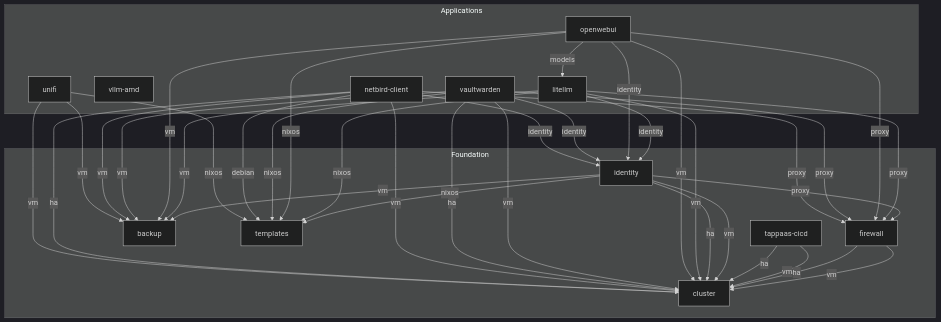
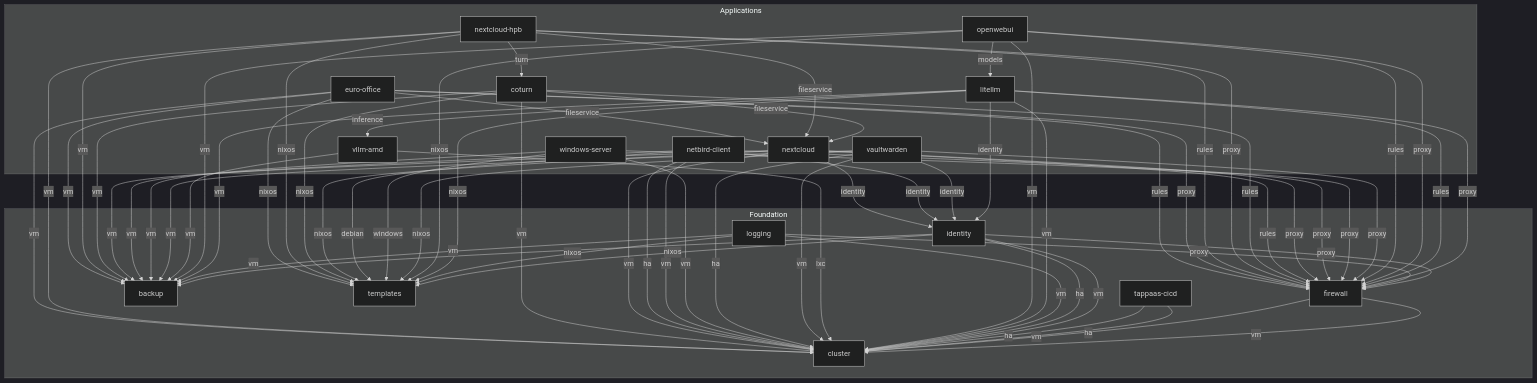
The diagram in src/module-dependencies.md (TAPPaaS/TAPPaaS), drawn with Mermaid (dark theme) before and after one commit. The commit also changed other lines of this file and 3 other files, not shown here.

Commit message:
updated dependency graphs

````diff
--- a/src/module-dependencies.md
+++ b/src/module-dependencies.md
@@ -10,71 +18,93 @@
 ```mermaid
 graph TD
     subgraph Applications
-        litellm[litellm]
-        openwebui[openwebui]
-        vllm-amd[vllm-amd]
-        vaultwarden[vaultwarden]
-        netbird-client[netbird-client]
-        unifi[unifi]
+        litellm
+        openwebui
+        vllm-amd
+        vaultwarden
+        windows-server
+        netbird-client
+        nextcloud
+        coturn
+        nextcloud-hpb
+        euro-office
+    end
+    subgraph Foundation
+        firewall
+        tappaas-cicd
+        identity
+        logging
+        backup
+        templates
+        cluster
     end
 
-    subgraph Foundation
-        firewall[firewall]
-        tappaas-cicd[tappaas-cicd]
-        identity[identity]
-        backup[backup]
-        templates[templates]
-        cluster[cluster]
-    end
-
-    %% firewall depends on cluster
     firewall -->|vm| cluster
     firewall -->|ha| cluster
-
-    %% tappaas-cicd depends on cluster
     tappaas-cicd -->|vm| cluster
     tappaas-cicd -->|ha| cluster
-
-    %% identity depends on cluster, templates, backup, firewall
     identity -->|vm| cluster
     identity -->|ha| cluster
     identity -->|nixos| templates
     identity -->|vm| backup
     identity -->|proxy| firewall
-
-    %% litellm depends on cluster, templates, backup, identity, firewall
+    logging -->|vm| cluster
+    logging -->|nixos| templates
+    logging -->|vm| backup
+    logging -->|proxy| firewall
     litellm -->|vm| cluster
     litellm -->|nixos| templates
     litellm -->|vm| backup
     litellm -->|identity| identity
     litellm -->|proxy| firewall
-
-    %% openwebui depends on cluster, templates, backup, identity, firewall, litellm
+    litellm -->|rules| firewall
+    litellm -->|inference| vllm-amd
     openwebui -->|vm| cluster
     openwebui -->|nixos| templates
     openwebui -->|vm| backup
-    openwebui -->|identity| identity
     openwebui -->|proxy| firewall
+    openwebui -->|rules| firewall
     openwebui -->|models| litellm
-
-    %% vaultwarden depends on cluster, templates, backup, identity, firewall
+    vllm-amd -->|lxc| cluster
+    vllm-amd -->|vm| backup
     vaultwarden -->|vm| cluster
     vaultwarden -->|ha| cluster
     vaultwarden -->|nixos| templates
     vaultwarden -->|vm| backup
     vaultwarden -->|identity| identity
     vaultwarden -->|proxy| firewall
-
-    %% netbird-client depends on cluster, templates, backup, identity, firewall
+    windows-server -->|vm| cluster
+    windows-server -->|windows| templates
+    windows-server -->|vm| backup
+    windows-server -->|proxy| firewall
     netbird-client -->|vm| cluster
     netbird-client -->|ha| cluster
     netbird-client -->|debian| templates
     netbird-client -->|vm| backup
     netbird-client -->|identity| identity
     netbird-client -->|proxy| firewall
-
-    %% unifi depends on cluster, templates, backup
-    unifi -->|vm| cluster
-    unifi -->|nixos| templates
-    unifi -->|vm| backup
+    nextcloud -->|vm| cluster
+    nextcloud -->|nixos| templates
+    nextcloud -->|vm| backup
+    nextcloud -->|proxy| firewall
+    nextcloud -->|rules| firewall
+    nextcloud -->|identity| identity
+    coturn -->|vm| backup
+    coturn -->|vm| cluster
+    coturn -->|rules| firewall
+    coturn -->|fileservice| nextcloud
+    coturn -->|nixos| templates
+    nextcloud-hpb -->|vm| backup
+    nextcloud-hpb -->|vm| cluster
+    nextcloud-hpb -->|turn| coturn
+    nextcloud-hpb -->|proxy| firewall
+    nextcloud-hpb -->|rules| firewall
+    nextcloud-hpb -->|fileservice| nextcloud
+    nextcloud-hpb -->|nixos| templates
+    euro-office -->|vm| cluster
+    euro-office -->|nixos| templates
+    euro-office -->|vm| backup
+    euro-office -->|proxy| firewall
+    euro-office -->|rules| firewall
+    euro-office -->|fileservice| nextcloud
 ```
````
